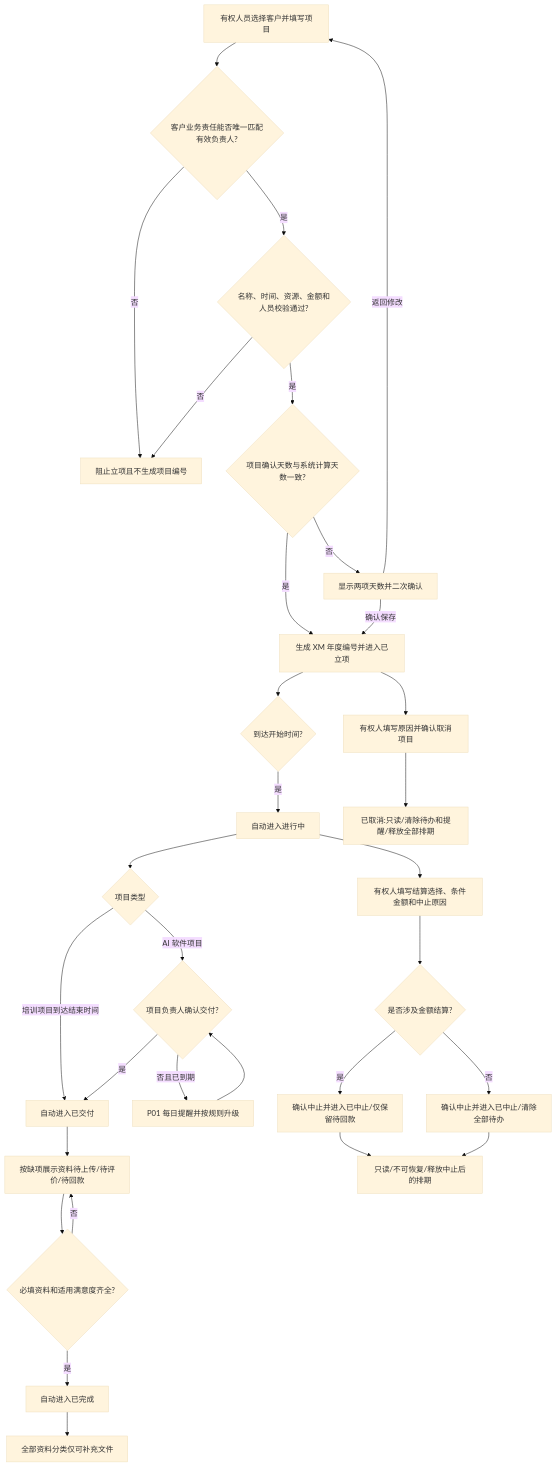
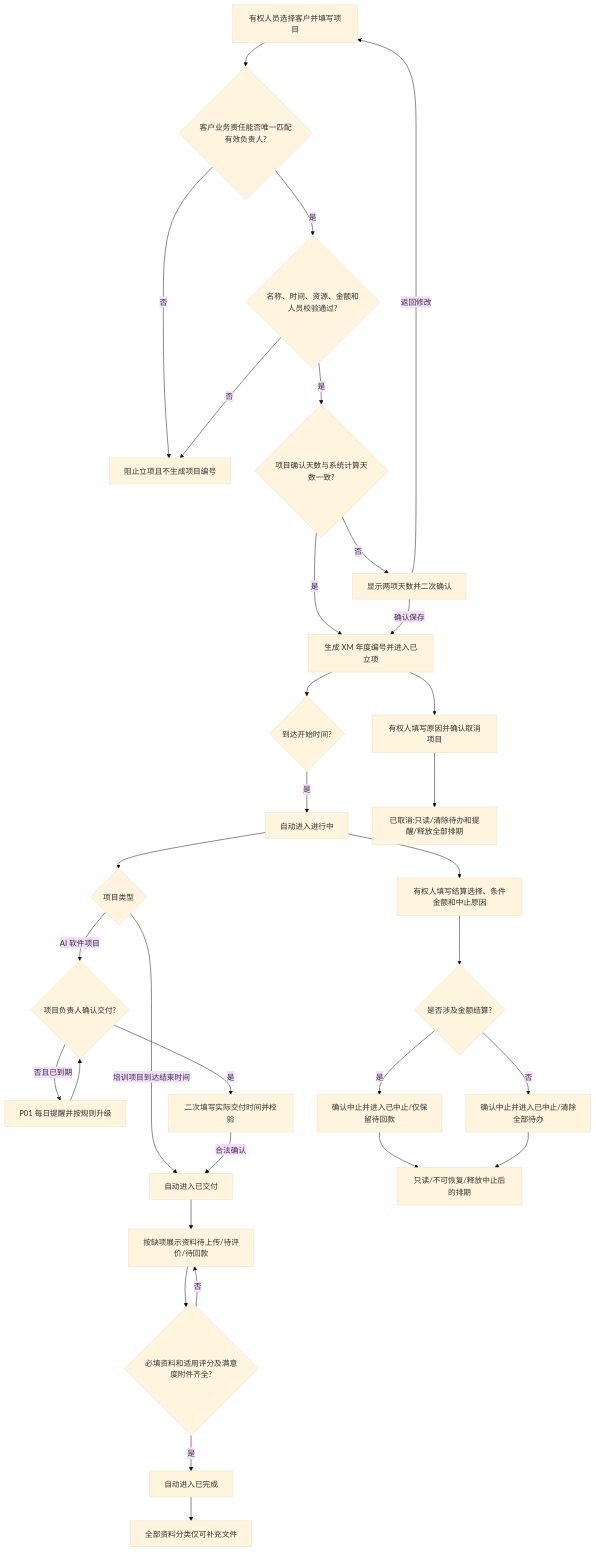
One commit to Joker-1030/Yingjia-Internal-Management-System changed the diagram in prd-workspace/current/user-flows/FLOW-15-M11-project-lifecycle.md. Above: the diagram before and after it, drawn with Mermaid (base theme). The commit also changed other lines of this file and 28 other files, not shown here.

````diff
--- a/prd-workspace/current/user-flows/FLOW-15-M11-project-lifecycle.md
+++ b/prd-workspace/current/user-flows/FLOW-15-M11-project-lifecycle.md
@@ -8,33 +12,34 @@
 ```mermaid
 flowchart TD
     A[有权人员选择客户并填写项目] --> B{客户业务责任能否唯一匹配有效负责人?}
     B -- 否 --> C[阻止立项且不生成项目编号]
     B -- 是 --> D{名称、时间、资源、金额和人员校验通过?}
     D -- 否 --> C
     D -- 是 --> D1{项目确认天数与系统计算天数一致?}
     D1 -- 是 --> E[生成 XM 年度编号并进入已立项]
     D1 -- 否 --> D2[显示两项天数并二次确认]
     D2 -- 返回修改 --> A
     D2 -- 确认保存 --> E
     E --> F{到达开始时间?}
     F -- 是 --> G[自动进入进行中]
     G --> H{项目类型}
     H -- 培训项目到达结束时间 --> I[自动进入已交付]
     H -- AI 软件项目 --> J{项目负责人确认交付?}
     J -- 否且已到期 --> K[P01 每日提醒并按规则升级]
     K --> J
-    J -- 是 --> I
+    J -- 是 --> J1[二次填写实际交付时间并校验]
+    J1 -- 合法确认 --> I
     I --> L[按缺项展示资料待上传/待评价/待回款]
-    L --> M{必填资料和适用满意度齐全?}
+    L --> M{必填资料和适用评分及满意度附件齐全?}
     M -- 否 --> L
     M -- 是 --> N[自动进入已完成]
     N --> O[全部资料分类仅可补充文件]
     E --> P[有权人填写原因并确认取消项目]
     P --> Q[已取消:只读/清除待办和提醒/释放全部排期]
     G --> R[有权人填写结算选择、条件金额和中止原因]
     R --> S{是否涉及金额结算?}
     S -- 是 --> T[确认中止并进入已中止/仅保留待回款]
     S -- 否 --> U[确认中止并进入已中止/清除全部待办]
     T --> V[只读/不可恢复/释放中止后的排期]
     U --> V
 ```
````
